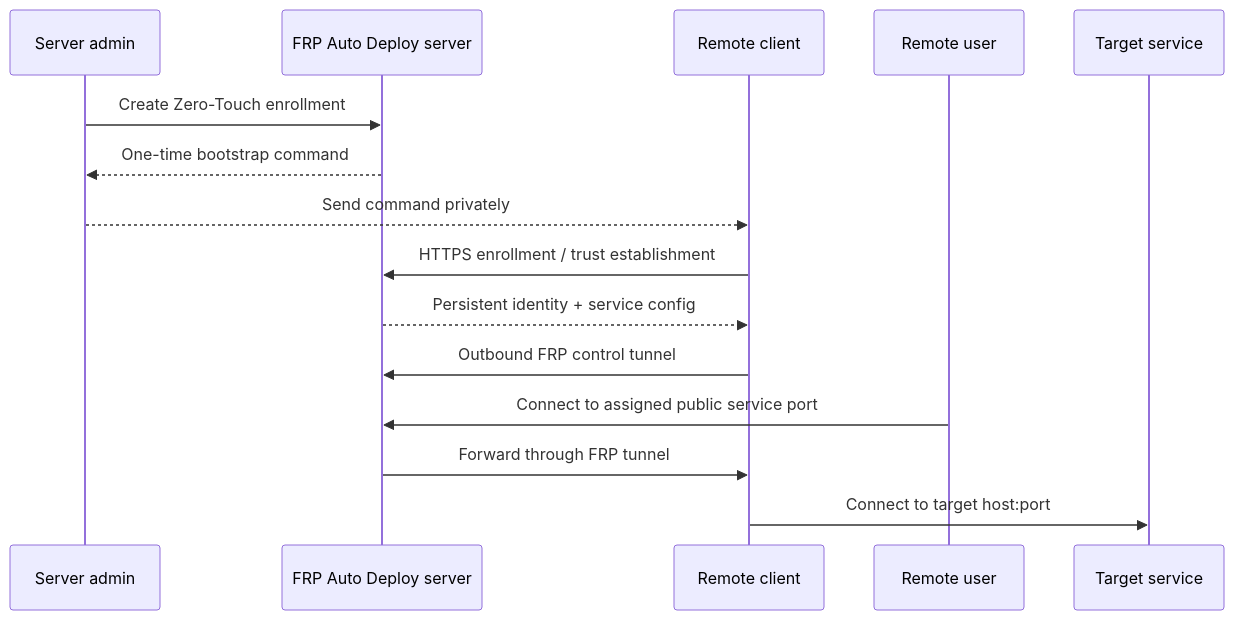
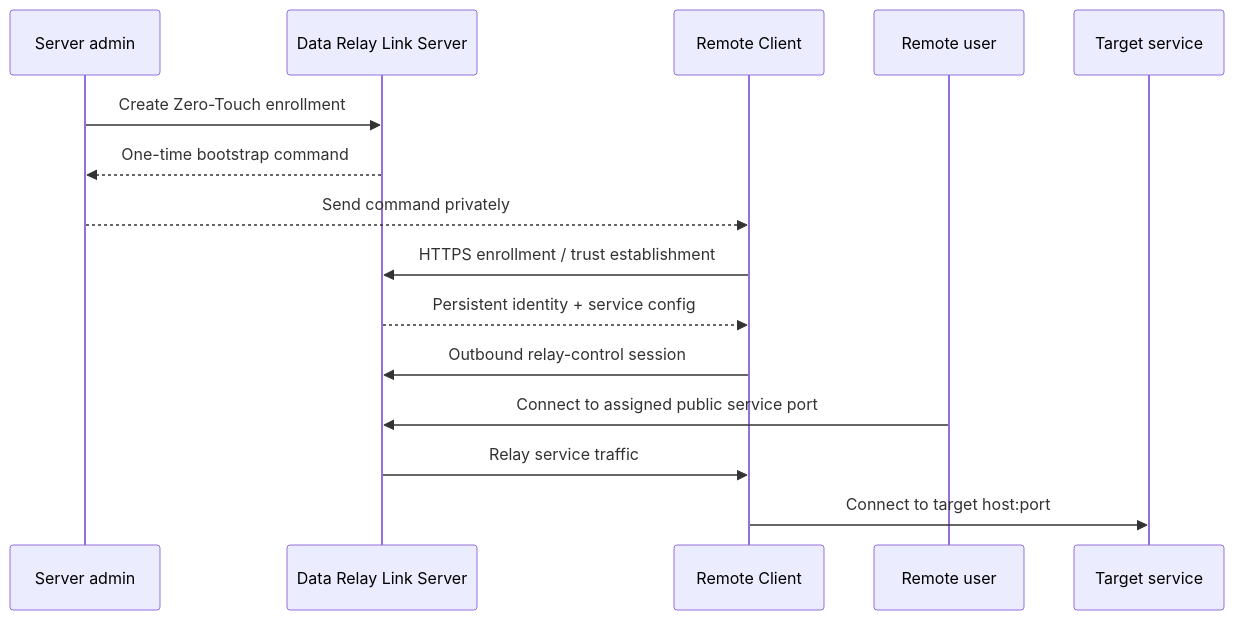
The second of 2 diagrams in index.mdx (datarelay-labs/data-relay-link-docs), drawn with Mermaid before and after one commit. The commit also changed other lines of this file and 36 other files, not shown here.

````diff
--- a/index.mdx
+++ b/index.mdx
@@ -72,18 +72,18 @@
 ```mermaid
 sequenceDiagram
     participant A as Server admin
-    participant S as FRP Auto Deploy server
-    participant C as Remote client
+    participant S as Data Relay Link Server
+    participant C as Remote Client
     participant U as Remote user
     participant T as Target service
 
     A->>S: Create Zero-Touch enrollment
     S-->>A: One-time bootstrap command
     A-->>C: Send command privately
     C->>S: HTTPS enrollment / trust establishment
     S-->>C: Persistent identity + service config
-    C->>S: Outbound FRP control tunnel
+    C->>S: Outbound relay-control session
     U->>S: Connect to assigned public service port
-    S->>C: Forward through FRP tunnel
+    S->>C: Relay service traffic
     C->>T: Connect to target host:port
 ```
````
